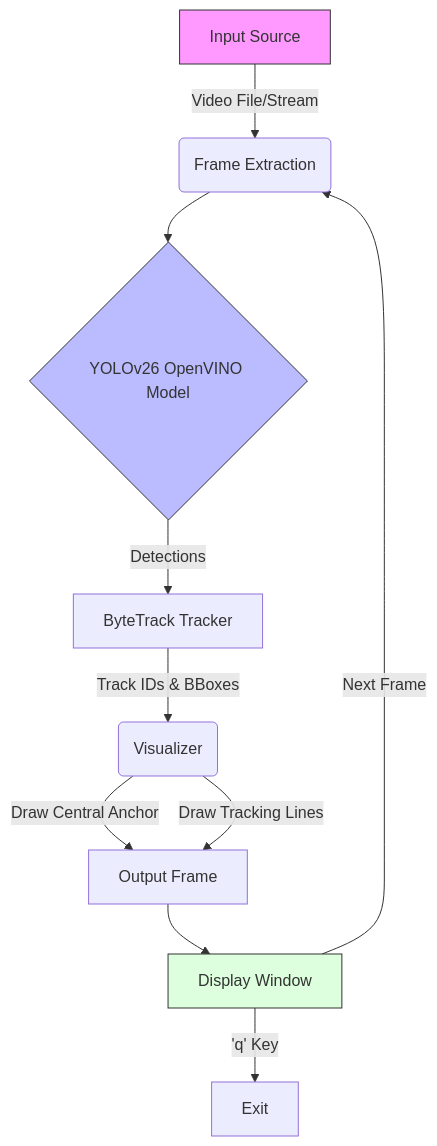
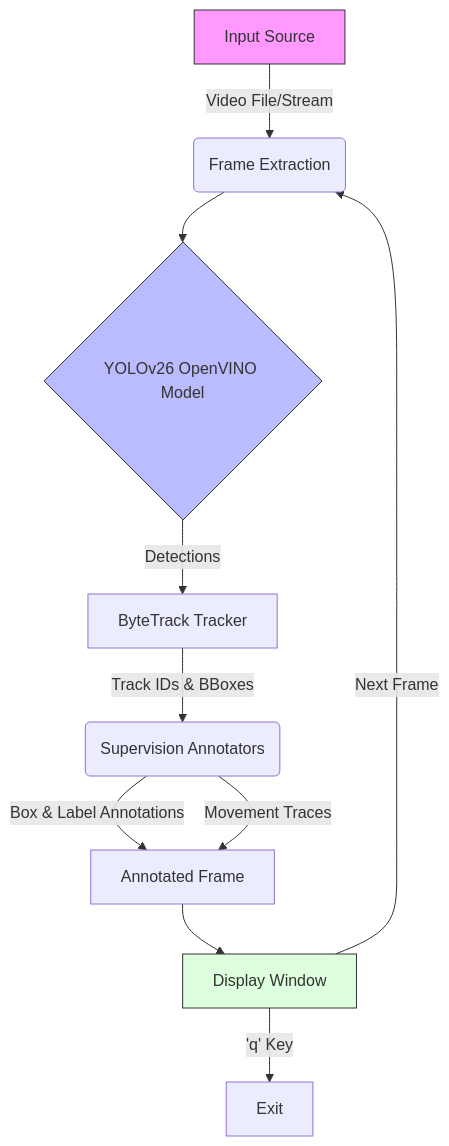
The diagram in README.md (RajuKonakalla/Fall_Detection_CV), drawn with Mermaid before and after one commit. The commit also changed other lines of this file, not shown here.

Commit message:
Update README with supervision visual analytics details

````diff
--- a/README.md
+++ b/README.md
@@ -27,16 +27,16 @@
 ```mermaid
 graph TD
     A[Input Source] -->|Video File/Stream| B(Frame Extraction)
     B --> C{YOLOv26 OpenVINO Model}
     C -->|Detections| D[ByteTrack Tracker]
-    D -->|Track IDs & BBoxes| E(Visualizer)
-    E -->|Draw Central Anchor| F[Output Frame]
-    E -->|Draw Tracking Lines| F
+    D -->|Track IDs & BBoxes| E(Supervision Annotators)
+    E -->|Box & Label Annotations| F[Annotated Frame]
+    E -->|Movement Traces| F
     F --> G[Display Window]
     G -->|'q' Key| H[Exit]
     G -->|Next Frame| B
     
     style A fill:#f9f,stroke:#333,stroke-width:1px
     style C fill:#bbf,stroke:#333,stroke-width:1px
     style G fill:#dfd,stroke:#333,stroke-width:1px
 ```
````
